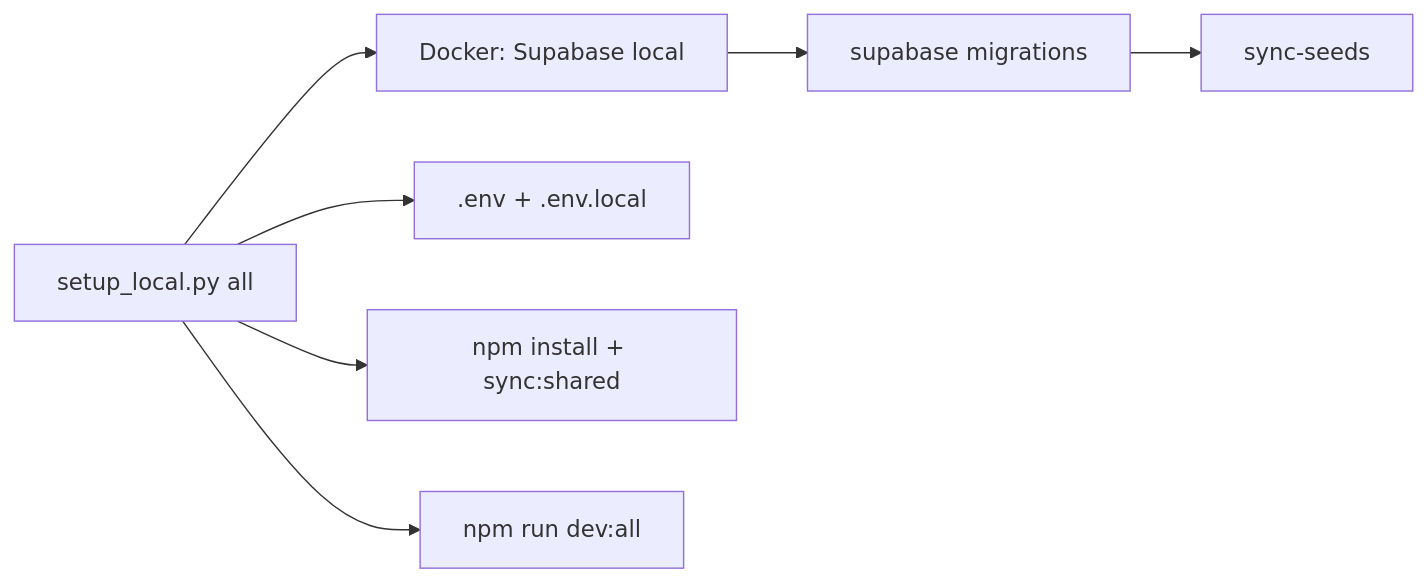
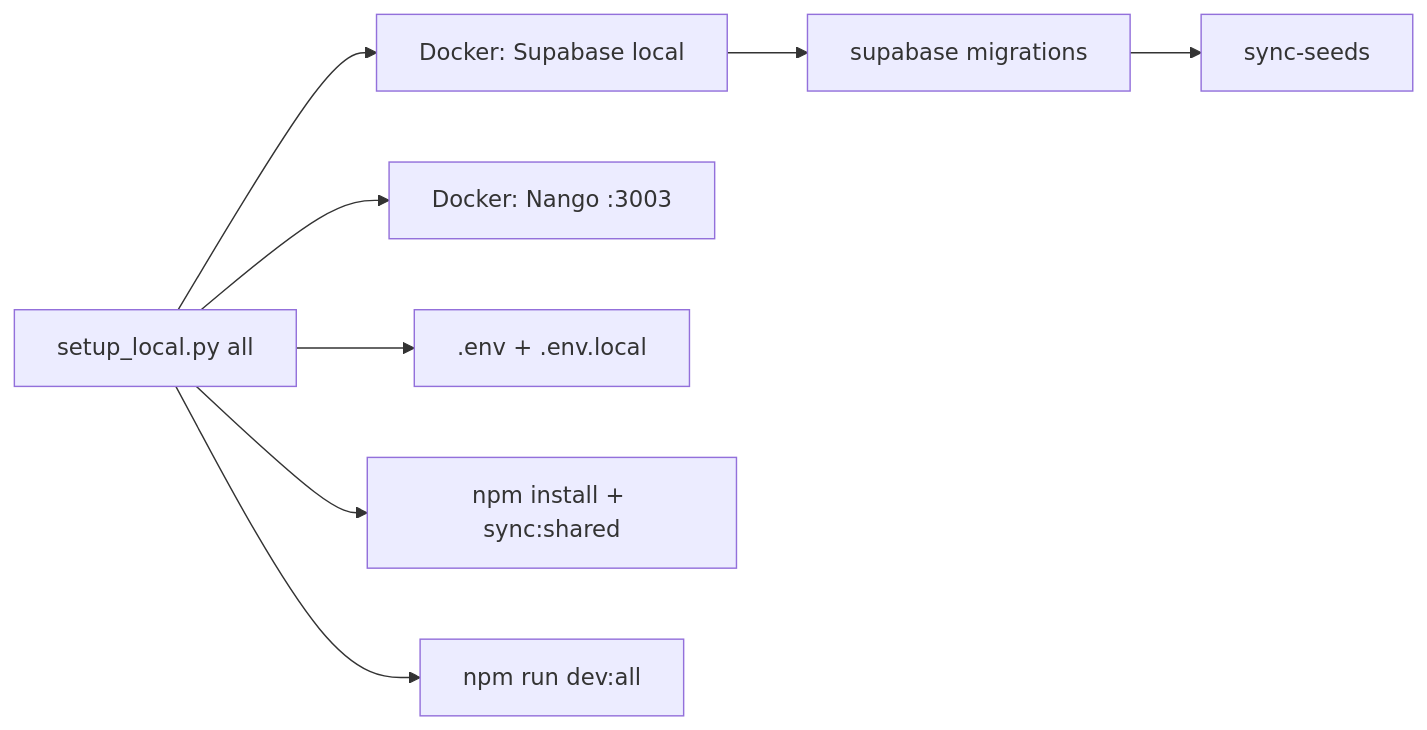
Before and after one commit to HenryRoutson/spine-ai: the diagram in docs/local_deployment.md, drawn with Mermaid. The commit also changed other lines of this file and 12 other files, not shown here.

````diff
--- a/docs/local_deployment.md
+++ b/docs/local_deployment.md
@@ -87,17 +94,19 @@
 ```mermaid
 flowchart LR
   setup["setup_local.py all"]
   docker["Docker: Supabase local"]
+  nango["Docker: Nango :3003"]
   env[".env + .env.local"]
   npm["npm install + sync:shared"]
   migrate["supabase migrations"]
   seeds["sync-seeds"]
   dev["npm run dev:all"]
 
   setup --> docker
+  setup --> nango
   setup --> env
   setup --> npm
   docker --> migrate
   migrate --> seeds
   setup --> dev
 ```
````
